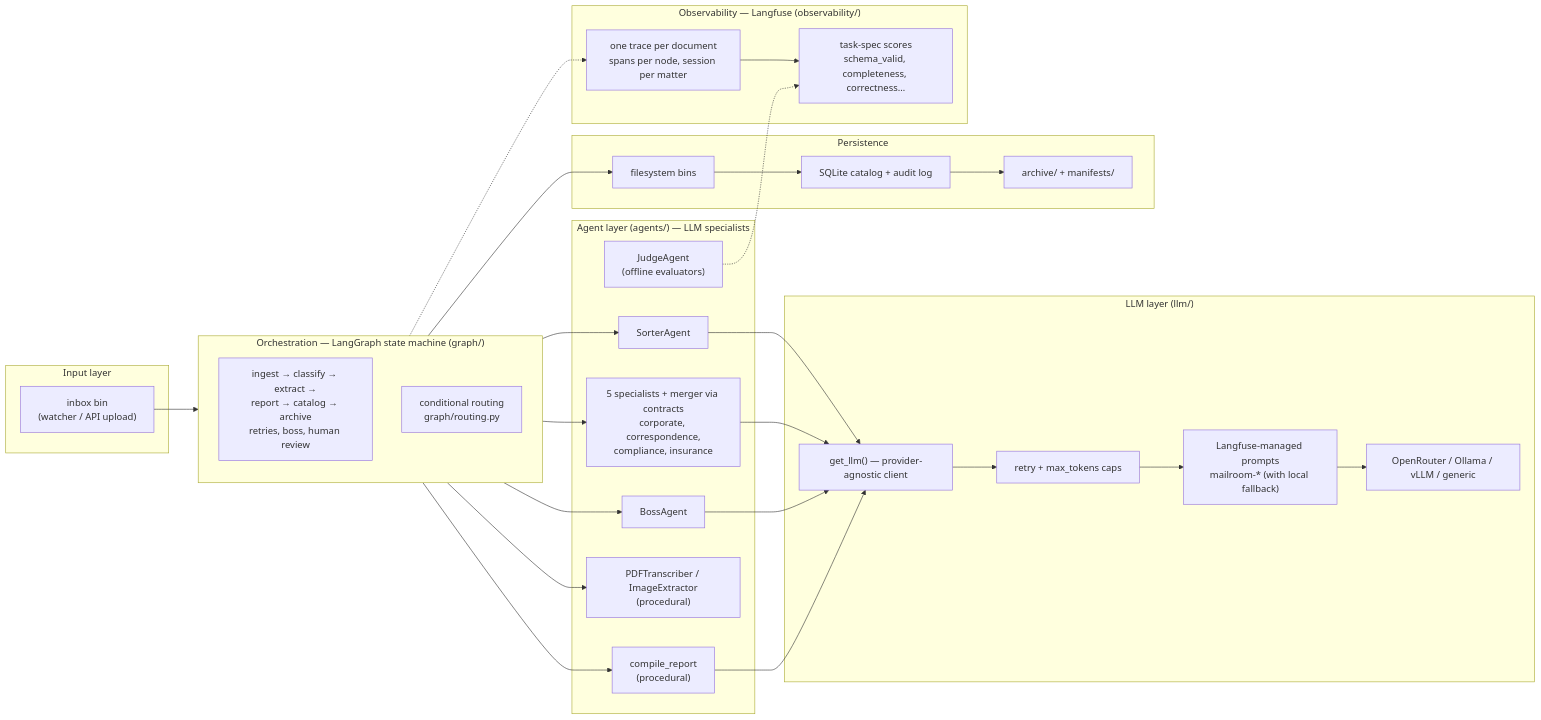
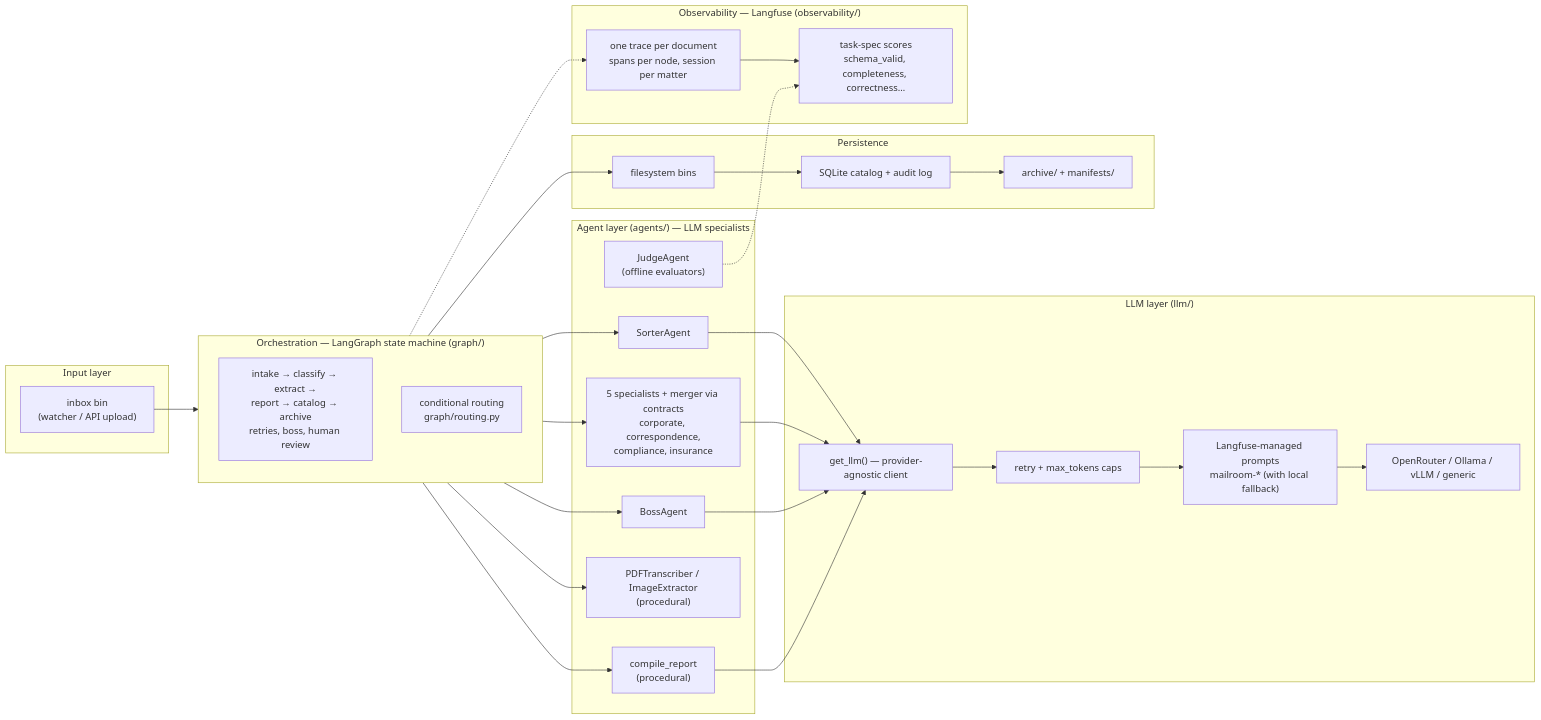
Before and after one commit to Exios66/llm-mailroom: the second of 2 diagrams in docs/architecture.md, drawn with Mermaid. The commit also changed other lines of this file and 13 other files, not shown here.

First line of the commit message:
RE: Ingest & Intake Agent Nomenclature Synthesis

````diff
--- a/docs/architecture.md
+++ b/docs/architecture.md
@@ -71,48 +71,48 @@
 ```mermaid
 flowchart LR
     subgraph IN["Input layer"]
         INBOX["inbox bin<br/>(watcher / API upload)"]
     end
 
     subgraph ORCH["Orchestration — LangGraph state machine (graph/)"]
         direction TB
-        NODES["ingest → classify → extract →<br/>report → catalog → archive<br/>retries, boss, human review"]
+        NODES["intake → classify → extract →<br/>report → catalog → archive<br/>retries, boss, human review"]
         ROUTING["conditional routing<br/>graph/routing.py"]
     end
 
     subgraph AGENTS["Agent layer (agents/) — LLM specialists"]
         SORTER["SorterAgent"]
         SPEC["5 specialists + merger via contracts<br/>corporate, correspondence,<br/>compliance, insurance"]
         BOSS["BossAgent"]
         REPORTER["compile_report<br/>(procedural)"]
         PDF["PDFTranscriber / ImageExtractor<br/>(procedural)"]
         JUDGE["JudgeAgent<br/>(offline evaluators)"]
     end
 
     subgraph LLM["LLM layer (llm/)"]
         CLI["get_llm() — provider-agnostic client"]
         RETRY["retry + max_tokens caps"]
         PROMPTS["Langfuse-managed prompts<br/>mailroom-* (with local fallback)"]
         P["OpenRouter / Ollama / vLLM / generic"]
     end
 
     subgraph PERSIST["Persistence"]
         BINS["filesystem bins"]
         SQLITE["SQLite catalog + audit log"]
         ARCHIVE2["archive/ + manifests/"]
     end
 
     subgraph OBS["Observability — Langfuse (observability/)"]
         TRACES["one trace per document<br/>spans per node, session per matter"]
         SCORES["task-spec scores<br/>schema_valid, completeness, correctness…"]
     end
 
     INBOX --> NODES
     NODES --> SORTER & SPEC & BOSS & REPORTER & PDF
     SORTER & SPEC & BOSS & REPORTER --> CLI
     CLI --> RETRY --> PROMPTS --> P
     NODES --> BINS --> SQLITE --> ARCHIVE2
     NODES -.-> TRACES
     TRACES --> SCORES
     JUDGE -.-> SCORES
 ```
````
